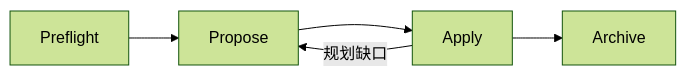
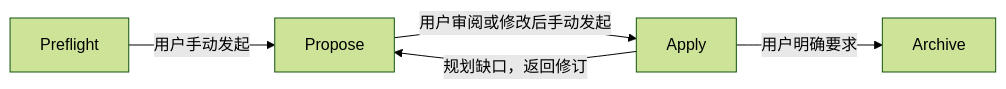
The diagram in README.md (Qzhanghuangyu/openspec_expend), drawn with Mermaid (forest theme) before and after one commit. The commit also changed other lines of this file and 13 other files, not shown here.

````diff
--- a/README.md
+++ b/README.md
@@ -23,7 +23,7 @@
 ```mermaid
 flowchart LR
-  P[Preflight] --> D[Propose]
-  D --> A[Apply]
-  A --> R[Archive]
-  A -->|规划缺口| D
+  P[Preflight] -->|用户手动发起| D[Propose]
+  D -->|用户审阅或修改后手动发起| A[Apply]
+  A -->|用户明确要求| R[Archive]
+  A -->|规划缺口，返回修订| D
 ```
````
